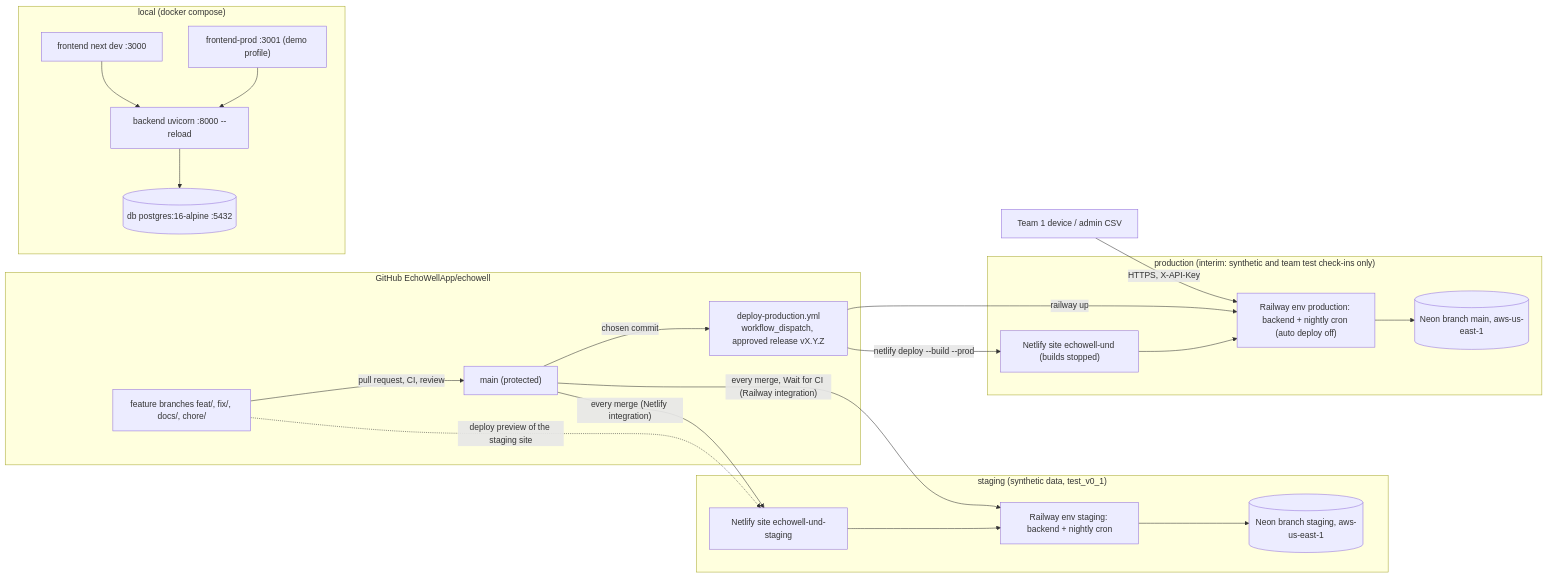
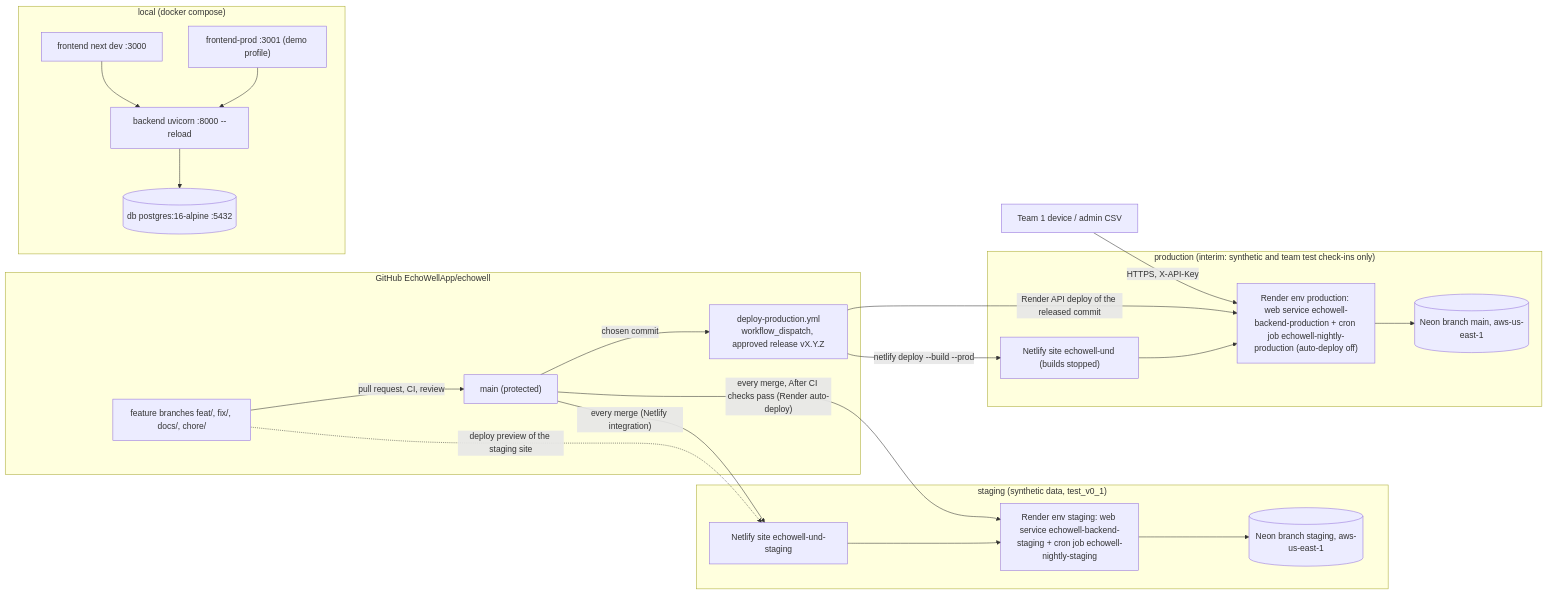
Before and after one commit to EchoWellApp/echowell: the first of 4 diagrams in docs/design/Deployment_Architecture.md, drawn with Mermaid. The commit also changed other lines of this file and 60 other files, not shown here.

First line of the commit message:
docs(deploy): move the interim backend host from Railway to Render (D-153)

````diff
--- a/docs/design/Deployment_Architecture.md
+++ b/docs/design/Deployment_Architecture.md
@@ -22,36 +22,36 @@
 ```mermaid
 flowchart LR
   subgraph GH["GitHub EchoWellApp/echowell"]
     FB["feature branches feat/, fix/, docs/, chore/"]
     M["main (protected)"]
     REL["deploy-production.yml<br/>workflow_dispatch, approved release vX.Y.Z"]
   end
   subgraph LOCAL["local (docker compose)"]
     LDB[("db postgres:16-alpine :5432")]
     LBE["backend uvicorn :8000 --reload"]
     LFE["frontend next dev :3000"]
     LFP["frontend-prod :3001 (demo profile)"]
     LFE --> LBE --> LDB
     LFP --> LBE
   end
   subgraph STG["staging (synthetic data, test_v0_1)"]
     NS["Netlify site echowell-und-staging"]
-    RS["Railway env staging: backend + nightly cron"]
+    RS["Render env staging: web service echowell-backend-staging + cron job echowell-nightly-staging"]
     DS[("Neon branch staging, aws-us-east-1")]
     NS --> RS --> DS
   end
   subgraph PRD["production (interim: synthetic and team test check-ins only)"]
     NP["Netlify site echowell-und (builds stopped)"]
-    RP["Railway env production: backend + nightly cron (auto deploy off)"]
+    RP["Render env production: web service echowell-backend-production + cron job echowell-nightly-production (auto-deploy off)"]
     DP[("Neon branch main, aws-us-east-1")]
     NP --> RP --> DP
   end
   FB -- "pull request, CI, review" --> M
   FB -. "deploy preview of the staging site" .-> NS
   M -- "every merge (Netlify integration)" --> NS
-  M -- "every merge, Wait for CI (Railway integration)" --> RS
+  M -- "every merge, After CI checks pass (Render auto-deploy)" --> RS
   M -- "chosen commit" --> REL
-  REL -- "railway up" --> RP
+  REL -- "Render API deploy of the released commit" --> RP
   REL -- "netlify deploy --build --prod" --> NP
   DEV["Team 1 device / admin CSV"] -- "HTTPS, X-API-Key" --> RP
 ```
````
